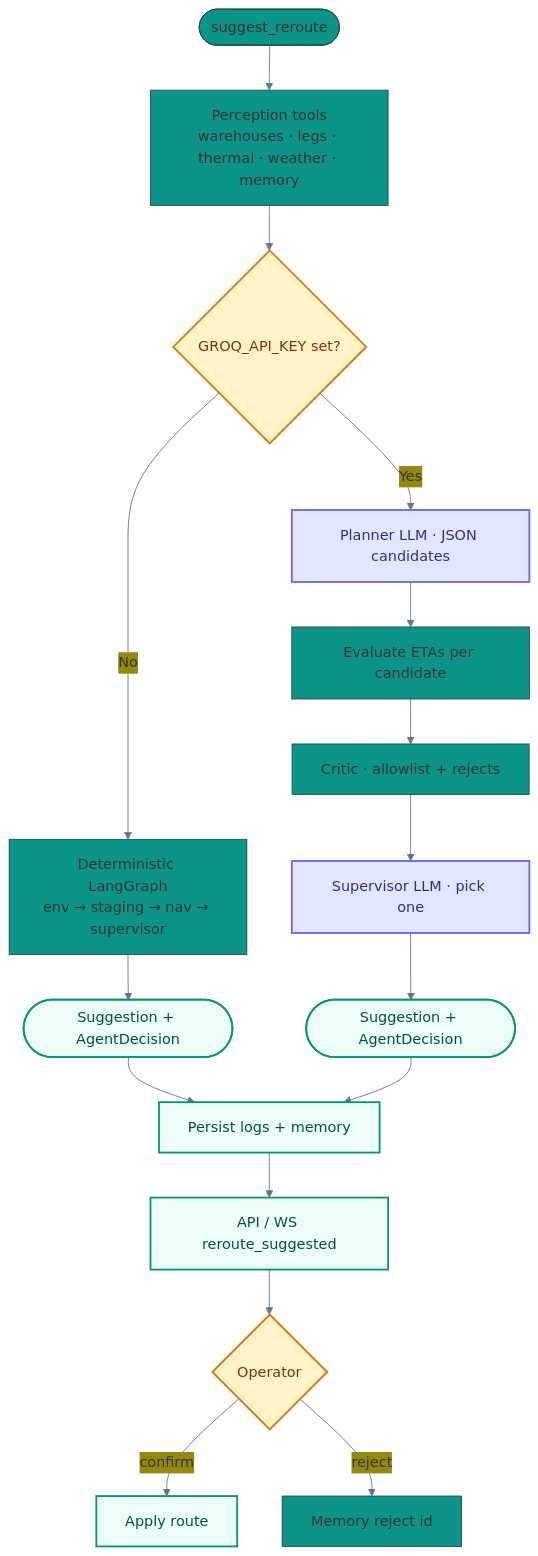
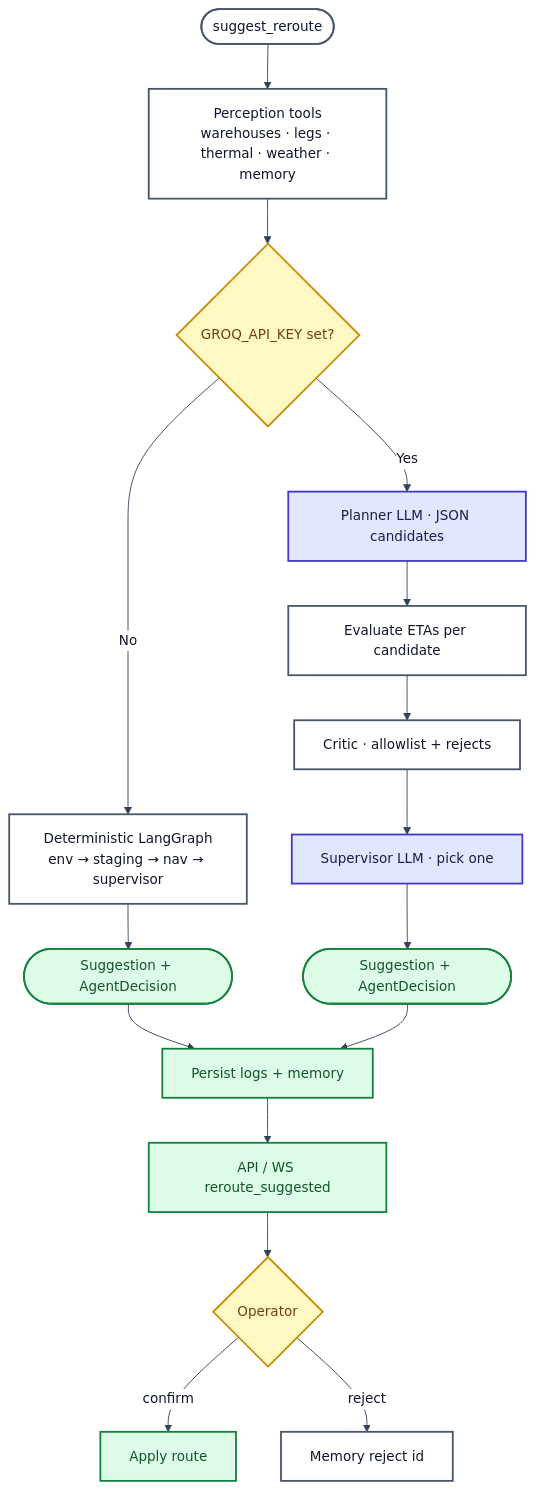
One commit to dhanyakini/PharmAI-Chain changed the fifth of 7 diagrams in docs/FLOWCHARTS.md. Above: the diagram before and after it, drawn with Mermaid. The commit also changed other lines of this file and 1 other file, not shown here.

Commit message:
Update FLOWCHARTS.md and mermaid-config.json to standardize color palette and improve diagram styling for better visual consistency

````diff
--- a/docs/FLOWCHARTS.md
+++ b/docs/FLOWCHARTS.md
@@ -158,30 +160,32 @@
 ```mermaid
-%%{init: {'theme':'base','themeVariables':{'primaryColor':'#0d9488','lineColor':'#64748b','clusterBkg':'#f1f5f9'},'flowchart':{'curve':'basis','padding':16}}}%%
+%%{init: {'theme':'base','themeVariables':{'fontFamily':'ui-sans-serif, system-ui, sans-serif','fontSize':'15px','primaryColor':'#ffffff','primaryTextColor':'#0f172a','primaryBorderColor':'#0d9488','secondaryColor':'#ffffff','secondaryTextColor':'#0f172a','secondaryBorderColor':'#64748b','tertiaryColor':'#f1f5f9','tertiaryTextColor':'#0f172a','tertiaryBorderColor':'#475569','lineColor':'#334155','textColor':'#0f172a','mainBkg':'#ffffff','nodeBorder':'#475569','clusterBkg':'#e8eef4','clusterBorder':'#64748b','edgeLabelBackground':'#ffffff','titleColor':'#0f172a'},'flowchart':{'curve':'basis','padding':16,'useMaxWidth':true}}}%%
 flowchart TD
-  classDef gate fill:#fef3c7,stroke:#d97706,stroke-width:2px,color:#78350f
-  classDef llm fill:#e0e7ff,stroke:#6366f1,stroke-width:2px,color:#312e81
-  classDef out fill:#ecfdf5,stroke:#059669,stroke-width:2px,color:#064e3b
+  classDef base fill:#ffffff,stroke:#475569,stroke-width:2px,color:#0f172a
+  classDef gate fill:#fef9c3,stroke:#ca8a04,stroke-width:2px,color:#713f12
+  classDef llm fill:#e0e7ff,stroke:#4338ca,stroke-width:2px,color:#1e1b4b
+  classDef out fill:#dcfce7,stroke:#15803d,stroke-width:2px,color:#14532d
 
   START([suggest_reroute]) --> PERC["Perception tools<br/>warehouses · legs · thermal · weather · memory"]
   PERC --> KEY{GROQ_API_KEY set?}
 
   KEY -->|No| DET["Deterministic LangGraph<br/>env → staging → nav → supervisor"]
   DET --> OUT1([Suggestion + AgentDecision])
 
   KEY -->|Yes| PLAN["Planner LLM · JSON candidates"]
   PLAN --> EVAL["Evaluate ETAs per candidate"]
   EVAL --> CRIT["Critic · allowlist + rejects"]
   CRIT --> SUP["Supervisor LLM · pick one"]
   SUP --> OUT2([Suggestion + AgentDecision])
 
   OUT1 --> PERSIST[Persist logs + memory]
   OUT2 --> PERSIST
   PERSIST --> EVT[API / WS reroute_suggested]
   EVT --> OP{Operator}
   OP -->|confirm| APPLY[Apply route]
   OP -->|reject| MEM[Memory reject id]
 
   class KEY,OP gate
   class PLAN,SUP llm
   class OUT1,OUT2,APPLY,PERSIST,EVT out
+  class START,PERC,DET,EVAL,CRIT,MEM base
 ```
````
